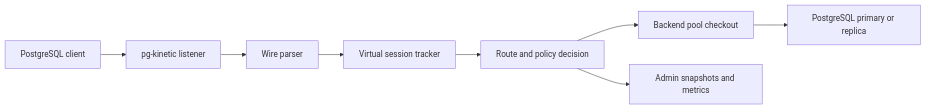
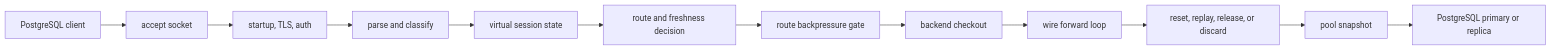
The diagram in docs/architecture.md (HookWoods/pg-kinetic), drawn with Mermaid before and after one commit. The commit also changed other lines of this file and 11 other files, not shown here.

````diff
--- a/docs/architecture.md
+++ b/docs/architecture.md
@@ -17,10 +19,14 @@
 ```mermaid
 flowchart LR
-  Client["PostgreSQL client"] --> Listener["pg-kinetic listener"]
-  Listener --> Parser["Wire parser"]
-  Parser --> Session["Virtual session tracker"]
-  Session --> Router["Route and policy decision"]
-  Router --> Pool["Backend pool checkout"]
+  Client["PostgreSQL client"] --> Accept["accept socket"]
+  Accept --> Startup["startup, TLS, auth"]
+  Startup --> Classify["parse and classify"]
+  Classify --> Session["virtual session state"]
+  Session --> Route["route and freshness decision"]
+  Route --> Gate["route backpressure gate"]
+  Gate --> Checkout["backend checkout"]
+  Checkout --> Forward["wire forward loop"]
+  Forward --> Cleanup["reset, replay, release, or discard"]
+  Cleanup --> Pool["pool snapshot"]
   Pool --> Backend["PostgreSQL primary or replica"]
-  Router --> Admin["Admin snapshots and metrics"]
 ```
````
